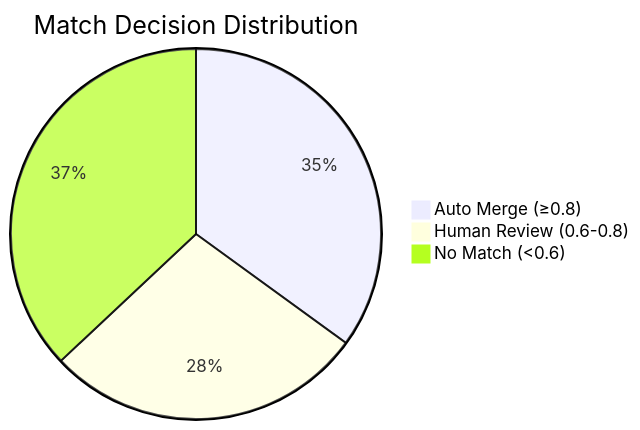
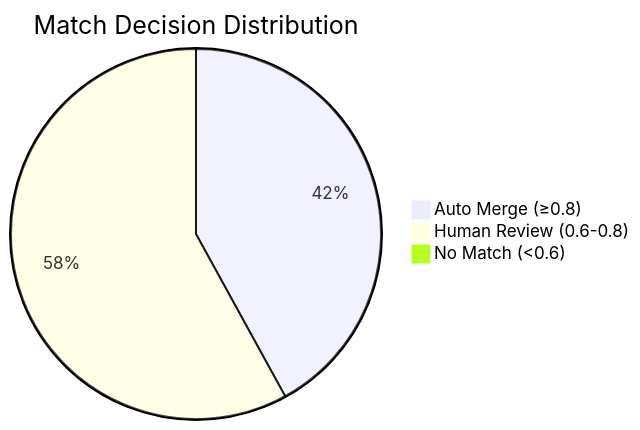
Before and after one commit to johanesalxd/mdm-gcp: the third of 4 diagrams in batch_mdm_gcp/MDM_BATCH_RESULTS.md, drawn with Mermaid. The commit also changed other lines of this file and 1 other file, not shown here.

````diff
--- a/batch_mdm_gcp/MDM_BATCH_RESULTS.md
+++ b/batch_mdm_gcp/MDM_BATCH_RESULTS.md
@@ -138,6 +138,6 @@
 ```mermaid
 pie title Match Decision Distribution
-    "Auto Merge (≥0.8)" : 35
-    "Human Review (0.6-0.8)" : 28
-    "No Match (<0.6)" : 37
+    "Auto Merge (≥0.8)" : 42
+    "Human Review (0.6-0.8)" : 58
+    "No Match (<0.6)" : 0
 ```
````
